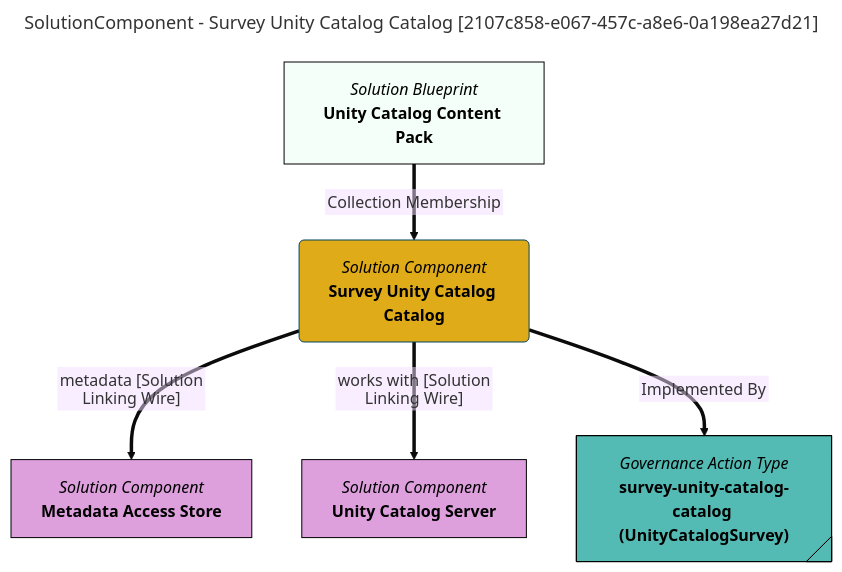
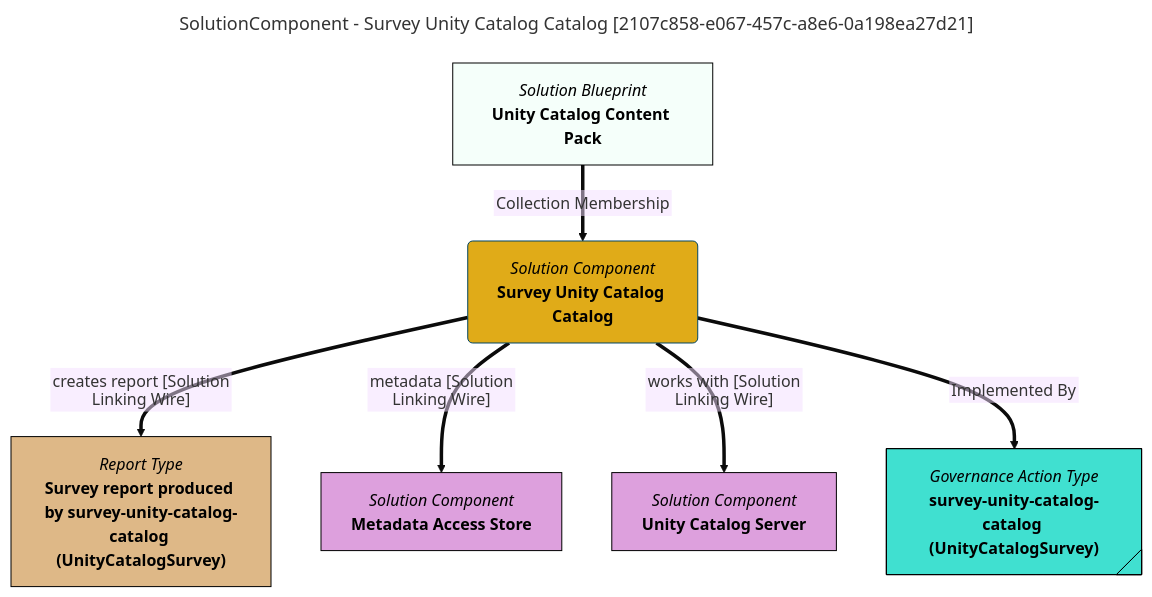
The diagram in site/snippets/blueprints/components/survey-unity-catalog-catalog-mermaid-graph.md (odpi/egeria-docs), drawn with Mermaid (base theme) before and after one commit. The commit also changed 2201 other files, not shown here.

````diff
--- a/site/snippets/blueprints/components/survey-unity-catalog-catalog-mermaid-graph.md
+++ b/site/snippets/blueprints/components/survey-unity-catalog-catalog-mermaid-graph.md
@@ -1,30 +1,34 @@
 ```mermaid
 ---
 title: SolutionComponent - Survey Unity Catalog Catalog [2107c858-e067-457c-a8e6-0a198ea27d21]
 ---
 flowchart TD
 %%{init: {"flowchart": {"htmlLabels": false}} }%%
 
 1@{ shape: rounded, label: "*Solution Component*
 **Survey Unity Catalog Catalog**"}
 2@{ shape: rect, label: "*Solution Blueprint*
 **Unity Catalog Content Pack**"}
 2==>|"Collection Membership"|1
-3@{ shape: rect, label: "*Solution Component*
+3@{ shape: rect, label: "*Report Type*
+**Survey report produced by survey-unity-catalog-catalog (UnityCatalogSurvey)**"}
+1==>|"creates report [Solution Linking Wire]"|3
+4@{ shape: rect, label: "*Solution Component*
 **Metadata Access Store**"}
-1==>|"metadata [Solution Linking Wire]"|3
-4@{ shape: rect, label: "*Solution Component*
+1==>|"metadata [Solution Linking Wire]"|4
+5@{ shape: rect, label: "*Solution Component*
 **Unity Catalog Server**"}
-1==>|"works with [Solution Linking Wire]"|4
-5@{ shape: tag-rect, label: "*Governance Action Type*
+1==>|"works with [Solution Linking Wire]"|5
+6@{ shape: tag-rect, label: "*Governance Action Type*
 **survey-unity-catalog-catalog (UnityCatalogSurvey)**"}
-1==>|"Implemented By"|5
+1==>|"Implemented By"|6
 style 1 color:#000000, fill:#e0ab18, stroke:#004563
 style 2 color:#000000, fill:#f5fffa, stroke:#000000
-style 3 color:#000000, fill:#dda0dd, stroke:#000000
-style 4 color:#000000, fill:#dda0dd, stroke:#000000
-style 5 color:#000000, fill:#53bbb4, stroke:#000000
+style 3 color:#000000, fill:#DEB887, stroke:#000000
+style 4 color:#000000, fill:#DDA0DD, stroke:#000000
+style 5 color:#000000, fill:#DDA0DD, stroke:#000000
+style 6 color:#000000, fill:#40E0D0, stroke:#000000
 click 1 "https://egeria-project.org/concepts/governance-action-type/" "Click for more documentation" _blank
-click 3 "https://egeria-project.org/concepts/metadata-access-store/" "Click for more documentation" _blank
-click 4 "https://github.com/unitycatalog/unitycatalog" "Click for more documentation" _blank
+click 4 "https://egeria-project.org/concepts/metadata-access-store/" "Click for more documentation" _blank
+click 5 "https://github.com/unitycatalog/unitycatalog" "Click for more documentation" _blank
 ```
````
